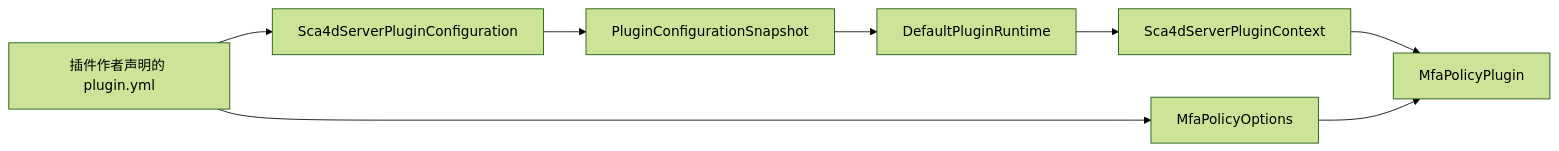
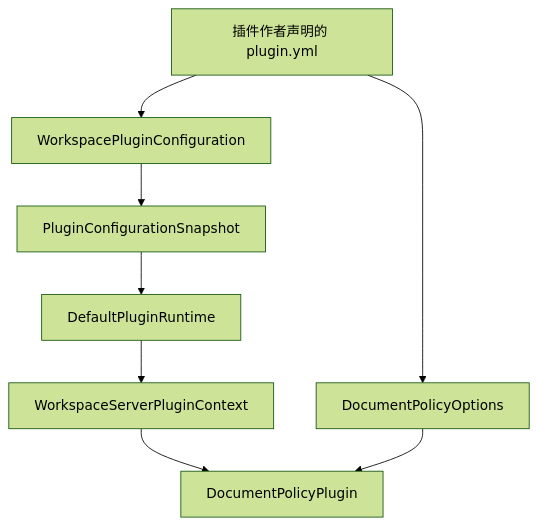
One commit to SH-XiaoXiu/sca4d-j changed the diagram in docs/tutorials/app-plugins.md. Above: the diagram before and after it, drawn with Mermaid (forest theme). The commit also changed other lines of this file and 45 other files, not shown here.

````diff
--- a/docs/tutorials/app-plugins.md
+++ b/docs/tutorials/app-plugins.md
@@ -111,10 +253,10 @@
 ```mermaid
-flowchart LR
-    YAML[插件作者声明的 plugin.yml] --> App[Sca4dServerPluginConfiguration]
+flowchart TB
+    YAML[插件作者声明的 plugin.yml] --> App[WorkspacePluginConfiguration]
     App --> Snapshot[PluginConfigurationSnapshot]
     Snapshot --> Runtime[DefaultPluginRuntime]
-    Runtime --> Context[Sca4dServerPluginContext]
-    Context --> Plugin[MfaPolicyPlugin]
-    YAML --> Options[MfaPolicyOptions]
+    Runtime --> Context[WorkspaceServerPluginContext]
+    Context --> Plugin[DocumentPolicyPlugin]
+    YAML --> Options[DocumentPolicyOptions]
     Options --> Plugin
 ```
````
